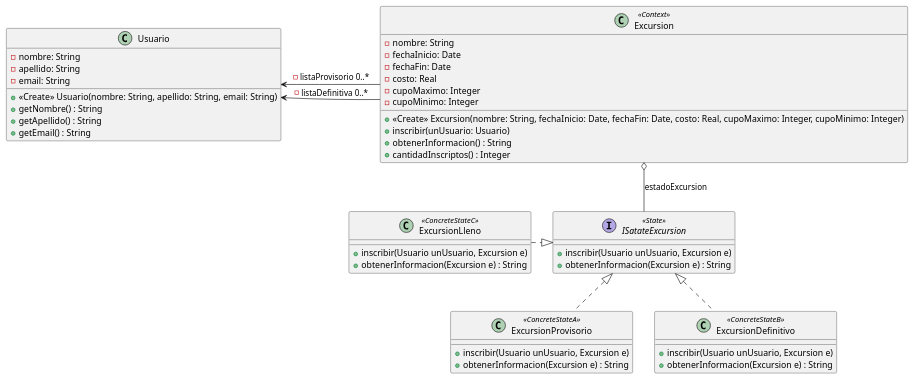
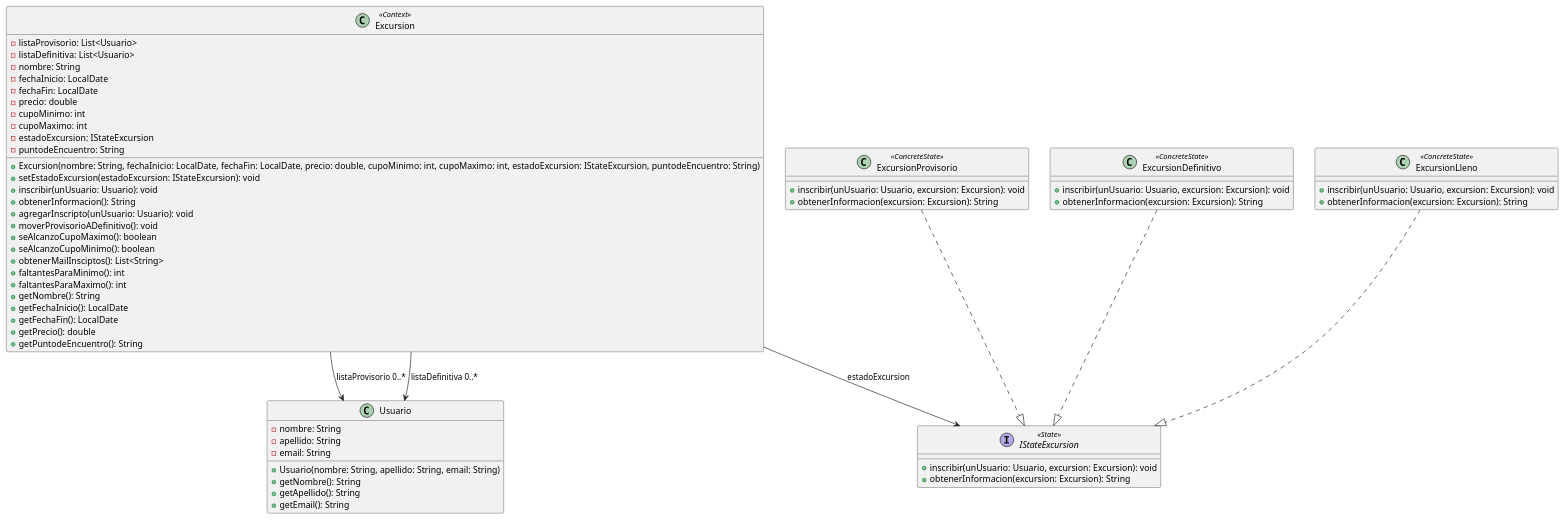
The diagram in Practicas/CuadernilloPatrones/Ejercicio16-Excursiones/UML.puml (estanivege98/OO2), drawn with PlantUML before and after one commit. The commit also changed 6 other files, not shown here.

```diff
--- a/Practicas/CuadernilloPatrones/Ejercicio16-Excursiones/UML.puml
+++ b/Practicas/CuadernilloPatrones/Ejercicio16-Excursiones/UML.puml
@@ -1,49 +1,72 @@
 @startuml
-Class Excursion <<Context>>{
--nombre: String
--fechaInicio: Date
--fechaFin: Date
--costo: Real
--cupoMaximo: Integer
--cupoMinimo: Integer
-+<<Create>> Excursion(nombre: String, fechaInicio: Date, fechaFin: Date, costo: Real, cupoMaximo: Integer, cupoMinimo: Integer)
-+inscribir(unUsuario: Usuario)
-+obtenerInformacion() : String
-+cantidadInscriptos() : Integer
+
+class Excursion <<Context>> {
+  -listaProvisorio: List<Usuario>
+  -listaDefinitiva: List<Usuario>
+  -nombre: String
+  -fechaInicio: LocalDate
+  -fechaFin: LocalDate
+  -precio: double
+  -cupoMinimo: int
+  -cupoMaximo: int
+  -estadoExcursion: IStateExcursion
+  -puntodeEncuentro: String
+
+  +Excursion(nombre: String, fechaInicio: LocalDate, fechaFin: LocalDate, precio: double, cupoMinimo: int, cupoMaximo: int, estadoExcursion: IStateExcursion, puntodeEncuentro: String)
+  +setEstadoExcursion(estadoExcursion: IStateExcursion): void
+  +inscribir(unUsuario: Usuario): void
+  +obtenerInformacion(): String
+  +agregarInscripto(unUsuario: Usuario): void
+  +moverProvisorioADefinitivo(): void
+  +seAlcanzoCupoMaximo(): boolean
+  +seAlcanzoCupoMinimo(): boolean
+  +obtenerMailInsciptos(): List<String>
+  +faltantesParaMinimo(): int
+  +faltantesParaMaximo(): int
+  +getNombre(): String
+  +getFechaInicio(): LocalDate
+  +getFechaFin(): LocalDate
+  +getPrecio(): double
+  +getPuntodeEncuentro(): String
 }
 
-Interface ISatateExcursion <<State>>{
-+inscribir(Usuario unUsuario, Excursion e)
-+obtenerInformacion(Excursion e) : String
+interface IStateExcursion <<State>> {
+  +inscribir(unUsuario: Usuario, excursion: Excursion): void
+  +obtenerInformacion(excursion: Excursion): String
 }
 
-class ExcursionLleno <<ConcreteStateC>>{
-+inscribir(Usuario unUsuario, Excursion e)
-+obtenerInformacion(Excursion e) : String
-}
-class ExcursionProvisorio <<ConcreteStateA>>{
-+inscribir(Usuario unUsuario, Excursion e)
-+obtenerInformacion(Excursion e) : String
-}
-class ExcursionDefinitivo <<ConcreteStateB>>{
-+inscribir(Usuario unUsuario, Excursion e)
-+obtenerInformacion(Excursion e) : String
+class ExcursionProvisorio <<ConcreteState>> {
+  +inscribir(unUsuario: Usuario, excursion: Excursion): void
+  +obtenerInformacion(excursion: Excursion): String
 }
 
-class Usuario{
--nombre: String
--apellido: String
--email: String
-+<<Create>> Usuario(nombre: String, apellido: String, email: String)
-+getNombre() : String
-+getApellido() : String
-+getEmail() : String
+class ExcursionDefinitivo <<ConcreteState>> {
+  +inscribir(unUsuario: Usuario, excursion: Excursion): void
+  +obtenerInformacion(excursion: Excursion): String
 }
 
-ExcursionLleno .right.|> ISatateExcursion
-ExcursionProvisorio .up.|> ISatateExcursion
-ExcursionDefinitivo .up.|> ISatateExcursion
-Excursion o-- ISatateExcursion : estadoExcursion
-Excursion -left-> Usuario : -listaDefinitiva 0..*
-Excursion -left-> Usuario : -listaProvisorio 0..*
+class ExcursionLleno <<ConcreteState>> {
+  +inscribir(unUsuario: Usuario, excursion: Excursion): void
+  +obtenerInformacion(excursion: Excursion): String
+}
+
+class Usuario {
+  -nombre: String
+  -apellido: String
+  -email: String
+
+  +Usuario(nombre: String, apellido: String, email: String)
+  +getNombre(): String
+  +getApellido(): String
+  +getEmail(): String
+}
+
+Excursion --> IStateExcursion : estadoExcursion
+Excursion --> Usuario : listaProvisorio 0..*
+Excursion --> Usuario : listaDefinitiva 0..*
+
+ExcursionProvisorio ..|> IStateExcursion
+ExcursionDefinitivo ..|> IStateExcursion
+ExcursionLleno ..|> IStateExcursion
+
 @enduml
```
